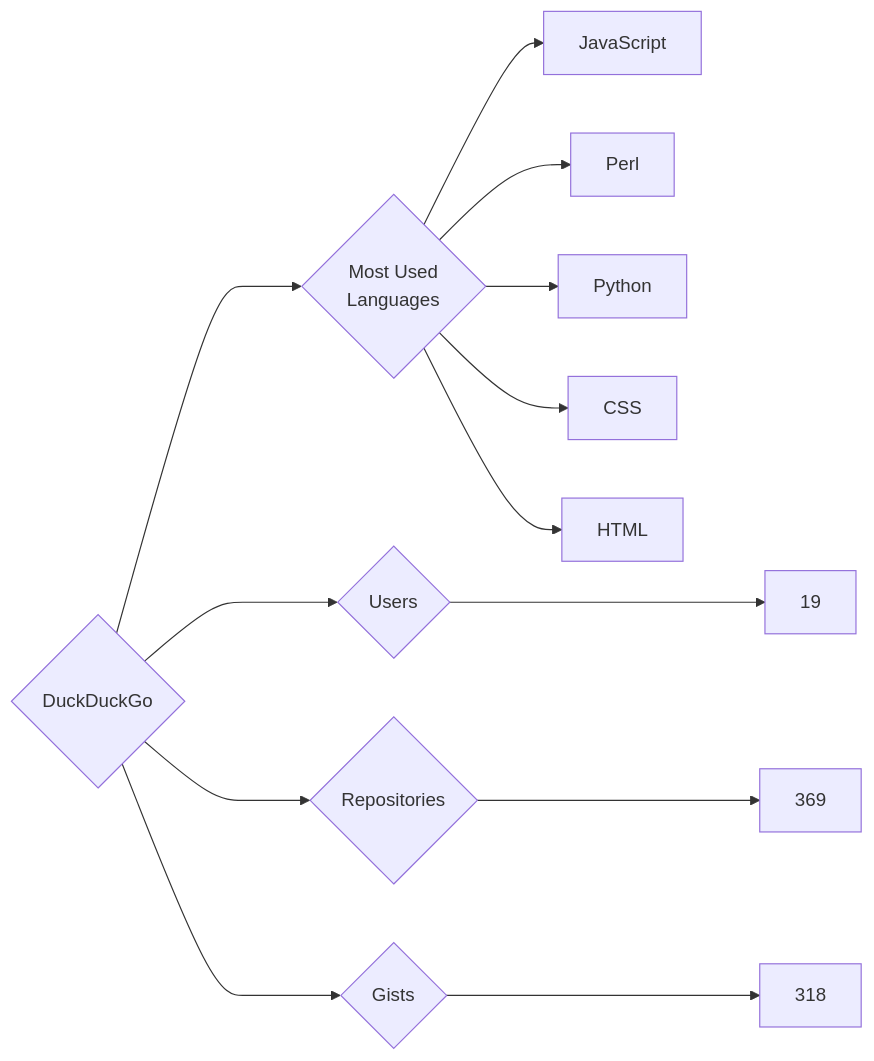
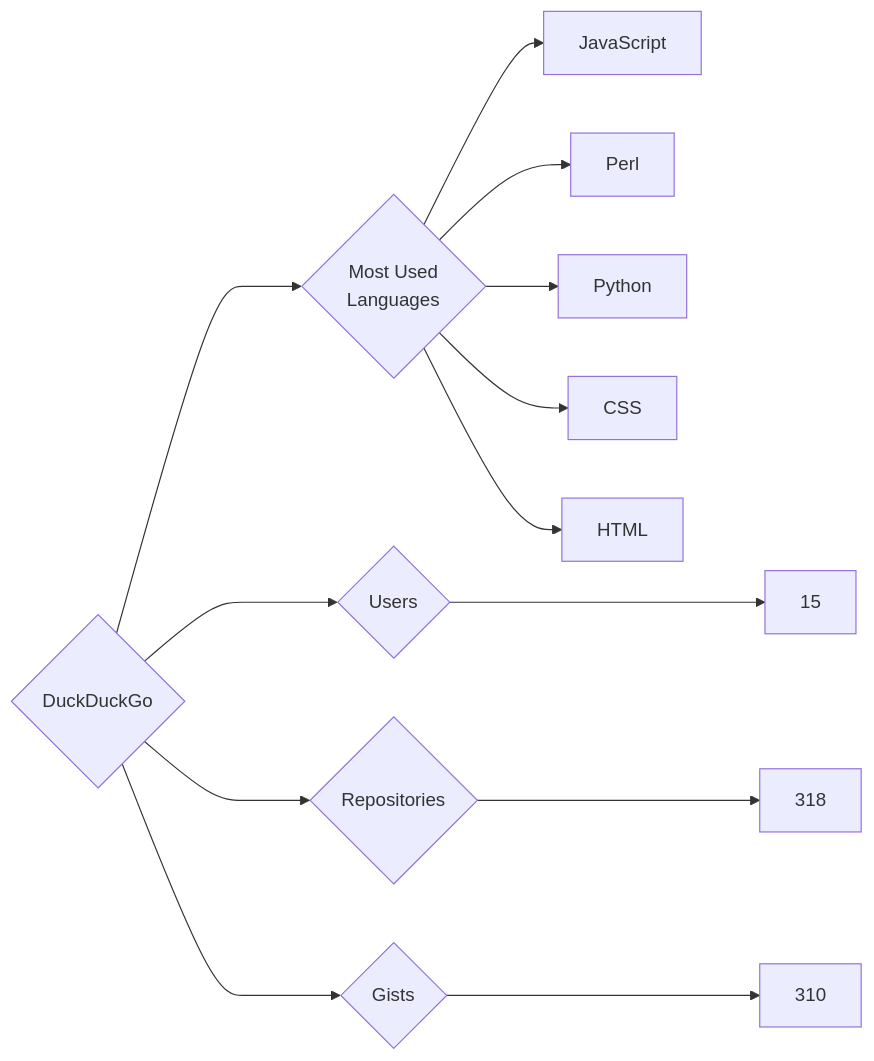
Before and after one commit to trickest/insiders: the diagram in targets/DuckDuckGo/README.md, drawn with Mermaid. The commit also changed 861 other files, not shown here.

````diff
--- a/targets/DuckDuckGo/README.md
+++ b/targets/DuckDuckGo/README.md
@@ -3,13 +3,13 @@
 ```mermaid
 graph LR
 COMPANY_NAME{DuckDuckGo}
-COMPANY_NAME ---> U{Users} ---> UN[19]
-COMPANY_NAME ---> R{Repositories} ---> RN[369]
-COMPANY_NAME ---> G{Gists} ---> GN[318]
+COMPANY_NAME ---> U{Users} ---> UN[15]
+COMPANY_NAME ---> R{Repositories} ---> RN[318]
+COMPANY_NAME ---> G{Gists} ---> GN[310]
 COMPANY_NAME ---> ML{Most Used<br>Languages}
 ML --> JavaScript[JavaScript]
 ML --> Perl[Perl]
 ML --> Python[Python]
 ML --> CSS[CSS]
 ML --> HTML[HTML]
 ```
````
